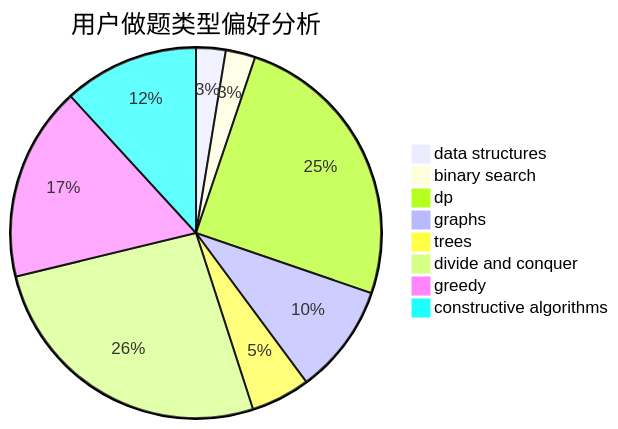
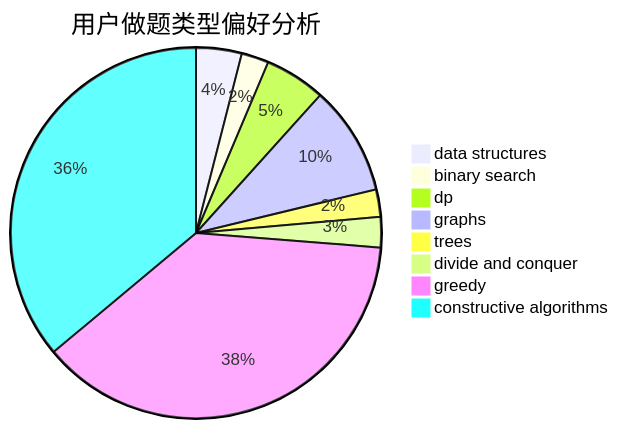
Before and after one commit to sherpahu/cfrs.github.io: the second of 3 diagrams in docs/user/u1761.md, drawn with Mermaid. The commit also changed other lines of this file and 2770 other files, not shown here.

````diff
--- a/docs/user/u1761.md
+++ b/docs/user/u1761.md
@@ -23,11 +23,11 @@
 ```mermaid
 pie title 用户做题类型偏好分析
-    "data structures" :  7
-    "binary search" :  7
-    "dp" :  68
-    "graphs" :  26
-    "trees" :  14
-    "divide and conquer" :  71
-    "greedy" :  46
-    "constructive algorithms" :  32
+    "data structures" :  15
+    "binary search" :  9
+    "dp" :  20
+    "graphs" :  36
+    "trees" :  9
+    "divide and conquer" :  10
+    "greedy" :  142
+    "constructive algorithms" :  136
 ```
````
